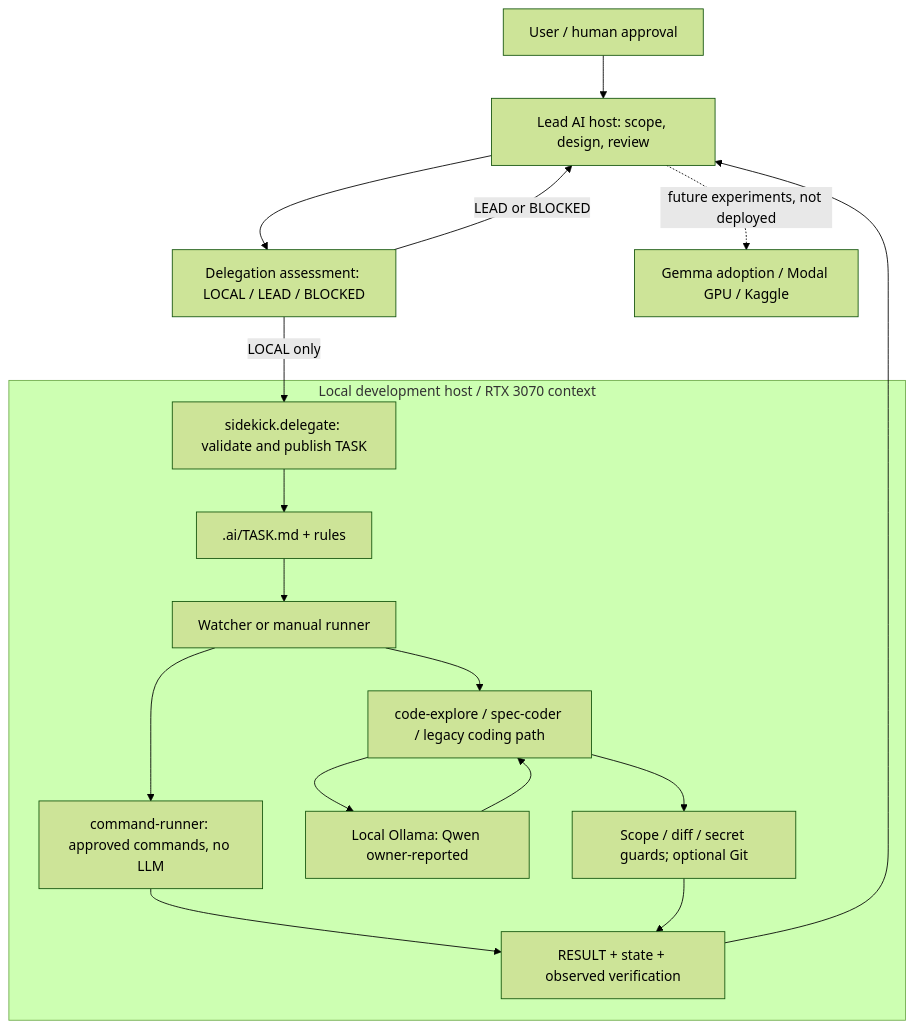
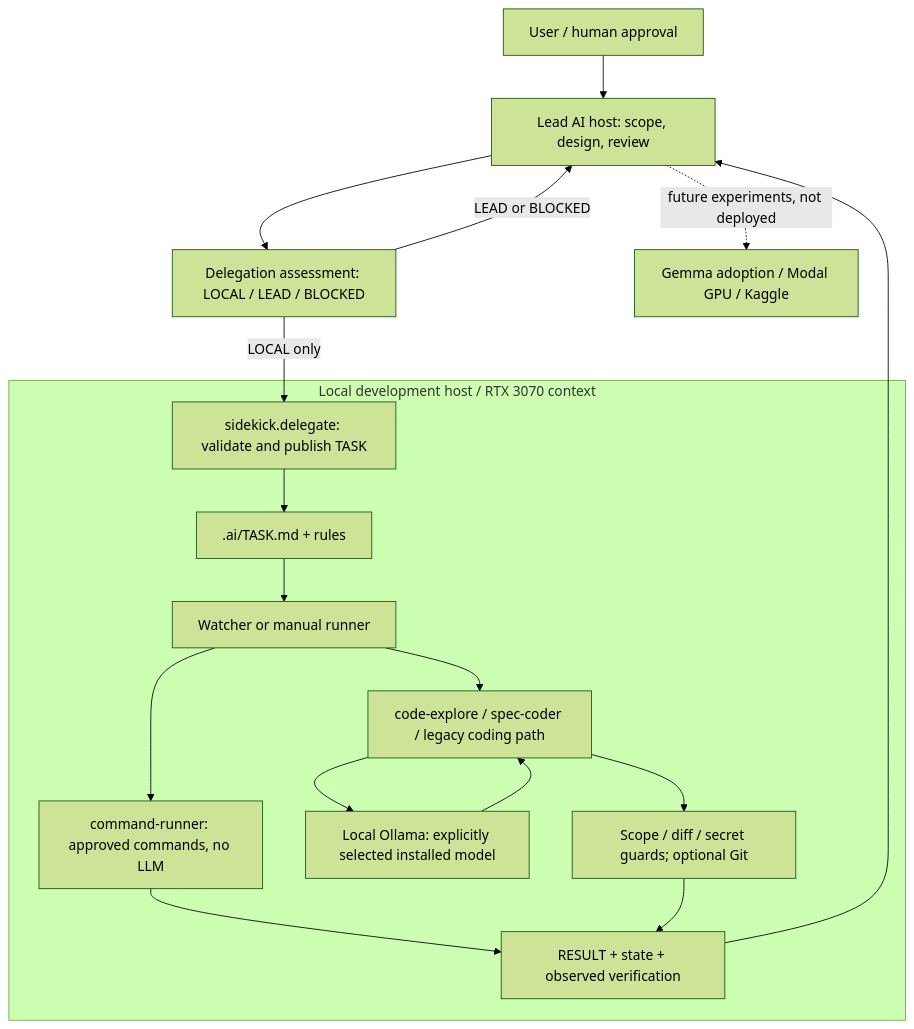
One commit to moruku36/local-ai-sidekick changed the diagram in README.ja.md. Above: the diagram before and after it, drawn with Mermaid (forest theme). The commit also changed other lines of this file and 7 other files, not shown here.

Commit message:
docs: align README with current architecture and retired Qwen usage (#23)

````diff
--- a/README.ja.md
+++ b/README.ja.md
@@ -21,20 +21,20 @@
 ```mermaid
 flowchart TD
     U["User / human approval"] --> L["Lead AI host: scope, design, review"]
     L --> D["Delegation assessment: LOCAL / LEAD / BLOCKED"]
     D -->|LOCAL only| H["sidekick.delegate: validate and publish TASK"]
     subgraph Local["Local development host / RTX 3070 context"]
         H --> T[".ai/TASK.md + rules"]
         T --> W["Watcher or manual runner"]
         W --> C["command-runner: approved commands, no LLM"]
         W --> M["code-explore / spec-coder / legacy coding path"]
-        M --> O["Local Ollama: Qwen owner-reported"]
+        M --> O["Local Ollama: explicitly selected installed model"]
         O --> M
         C --> R["RESULT + state + observed verification"]
         M --> G["Scope / diff / secret guards; optional Git"]
         G --> R
     end
     R --> L
     D -->|LEAD or BLOCKED| L
     L -. "future experiments, not deployed" .-> P["Gemma adoption / Modal GPU / Kaggle"]
 ```
````
